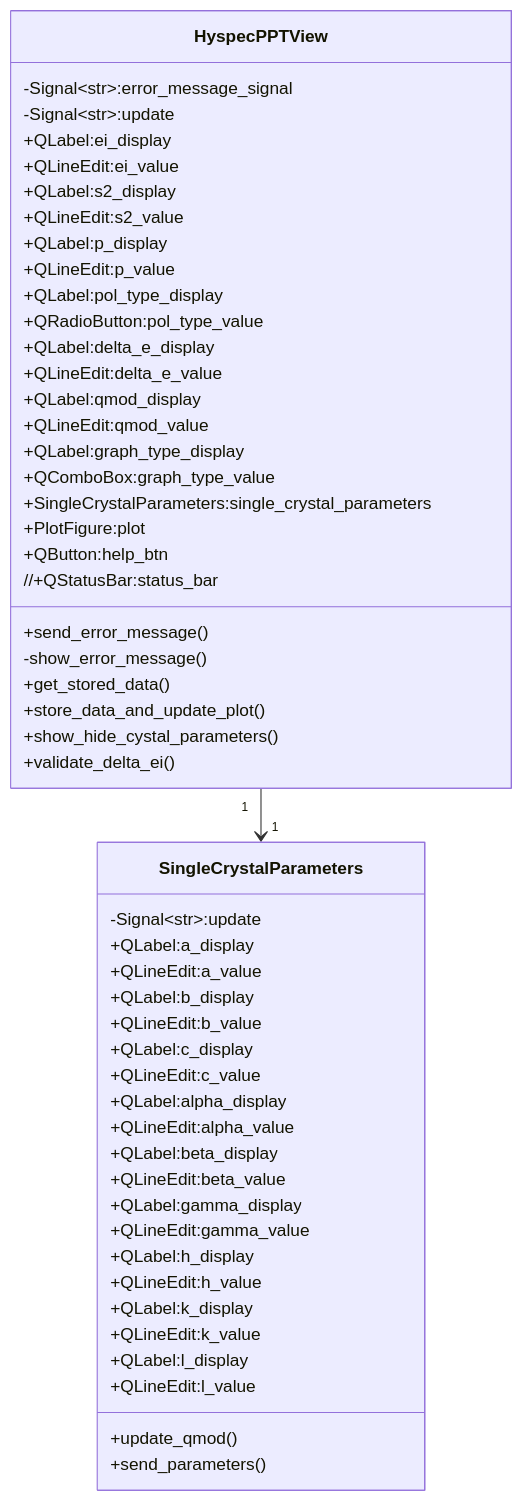
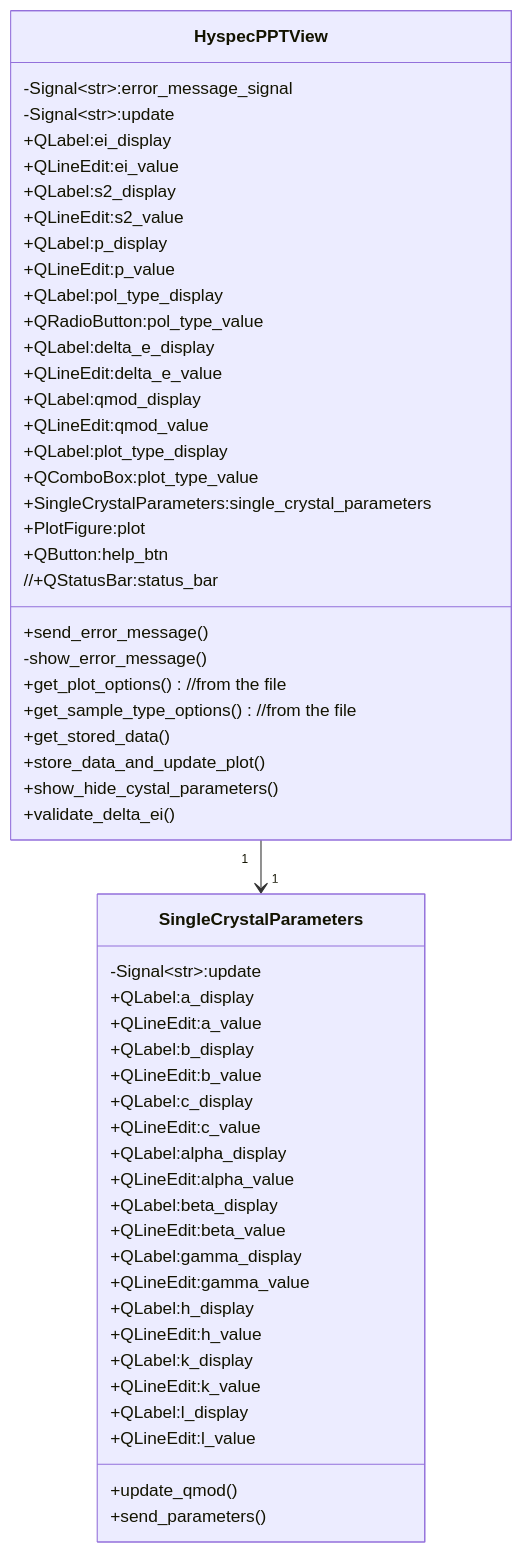
The second of 3 diagrams in docs/source/design/hyspecpptclasses.rst (neutrons/hyspecppt), drawn with Mermaid before and after one commit. The commit also changed other lines of this file, not shown here.

Commit message:
enum options, qmod and crosshair functions updates and typos

```diff
--- a/docs/source/design/hyspecpptclasses.rst
+++ b/docs/source/design/hyspecpptclasses.rst
@@ -267,59 +282,61 @@
 .. mermaid::
 
  classDiagram
     HyspecPPTView "1" -->"1" SingleCrystalParameters
 
     class HyspecPPTView{
         -Signal~str~:error_message_signal
         -Signal~str~:update
 
         +QLabel:ei_display
         +QLineEdit:ei_value
         +QLabel:s2_display
         +QLineEdit:s2_value
         +QLabel:p_display
         +QLineEdit:p_value
         +QLabel:pol_type_display
         +QRadioButton:pol_type_value
         +QLabel:delta_e_display
         +QLineEdit:delta_e_value
         +QLabel:qmod_display
         +QLineEdit:qmod_value
-        +QLabel:graph_type_display
-        +QComboBox:graph_type_value
+        +QLabel:plot_type_display
+        +QComboBox:plot_type_value
         +SingleCrystalParameters:single_crystal_parameters
         +PlotFigure:plot
         +QButton:help_btn
         +send_error_message()
         -show_error_message()
         //+QStatusBar:status_bar
+        +get_plot_options() //from the file
+        +get_sample_type_options() //from the file
         +get_stored_data()
         +store_data_and_update_plot()
         +show_hide_cystal_parameters()
         +validate_delta_ei()
     }
 
 
     class SingleCrystalParameters{
         -Signal~str~:update
         +QLabel:a_display
         +QLineEdit:a_value
         +QLabel:b_display
         +QLineEdit:b_value
         +QLabel:c_display
         +QLineEdit:c_value
         +QLabel:alpha_display
         +QLineEdit:alpha_value
         +QLabel:beta_display
         +QLineEdit:beta_value
         +QLabel:gamma_display
         +QLineEdit:gamma_value
         +QLabel:h_display
         +QLineEdit:h_value
         +QLabel:k_display
         +QLineEdit:k_value
         +QLabel:l_display
         +QLineEdit:l_value
         +update_qmod()
         +send_parameters()
     }
```
